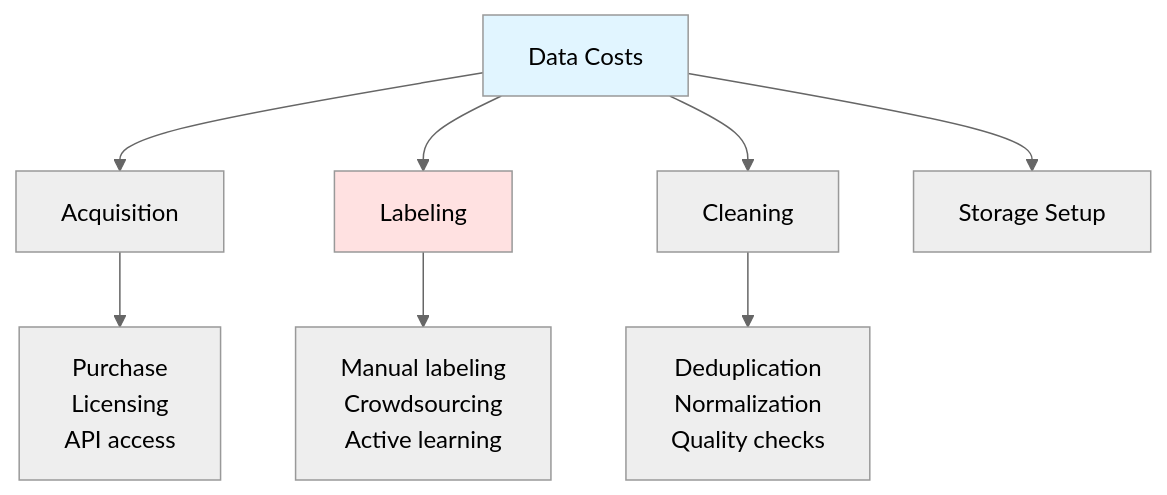
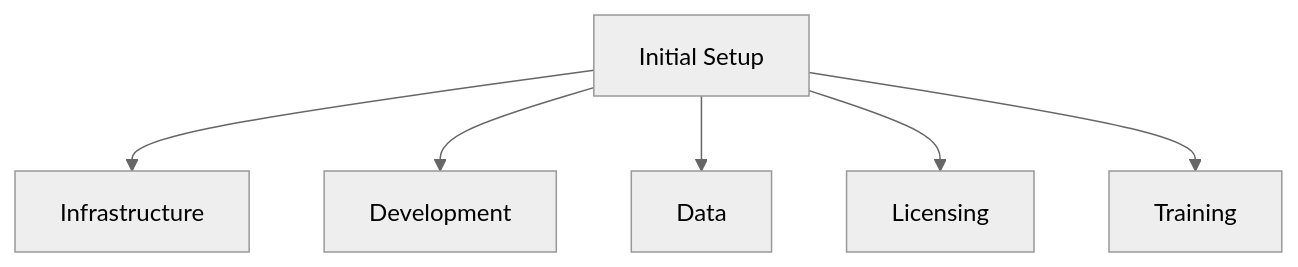
The diagram in 30-39 Strategy_Architecture/32_Cost_Management/32.03 Initial Setup Costs.md (LCKYN/LCKYN-KnowledgeBase), drawn with Mermaid (neutral theme) before and after one commit. The commit also changed other lines of this file and 17 other files, not shown here.

````diff
--- a/30-39 Strategy_Architecture/32_Cost_Management/32.03 Initial Setup Costs.md
+++ b/30-39 Strategy_Architecture/32_Cost_Management/32.03 Initial Setup Costs.md
@@ -324,14 +13,8 @@
 ```mermaid
 graph TB
-    A[Data Costs] --> B[Acquisition]
-    A --> C[Labeling]
-    A --> D[Cleaning]
-    A --> E[Storage Setup]
-
-    B --> B1["Purchase<br/>Licensing<br/>API access"]
-    C --> C1["Manual labeling<br/>Crowdsourcing<br/>Active learning"]
-    D --> D1["Deduplication<br/>Normalization<br/>Quality checks"]
-
-    style A fill:#e1f5ff
-    style C fill:#ffe1e1
+    A[Initial Setup] --> B[Infrastructure]
+    A --> C[Development]
+    A --> D[Data]
+    A --> E[Licensing]
+    A --> F[Training]
 ```
````
